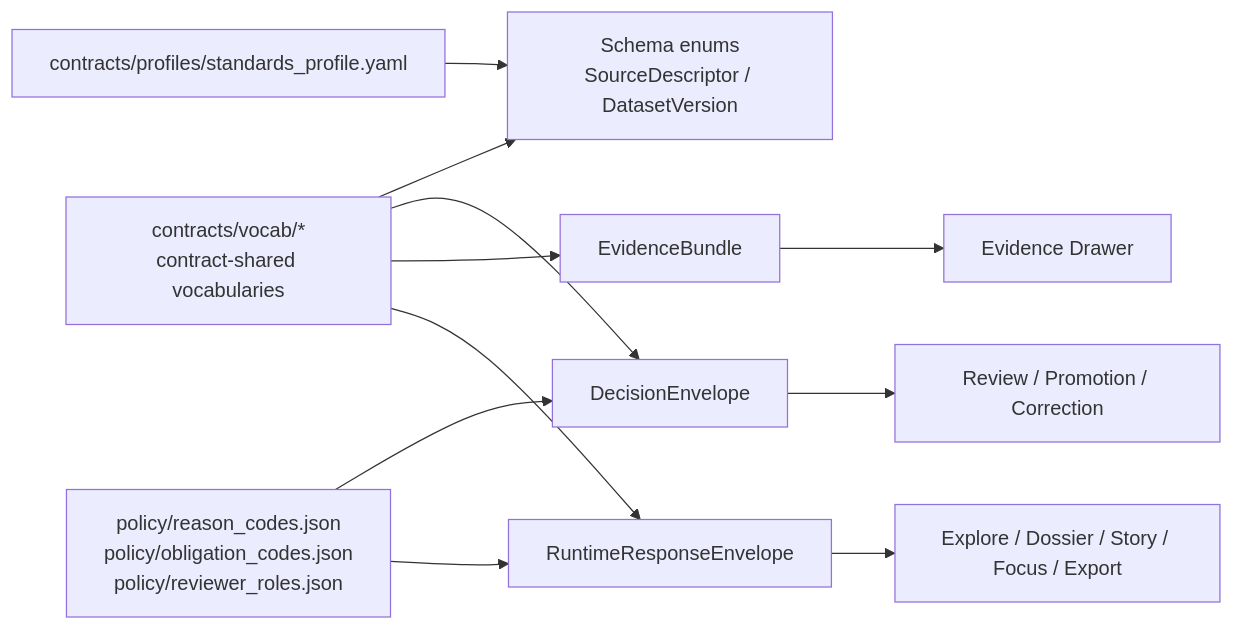
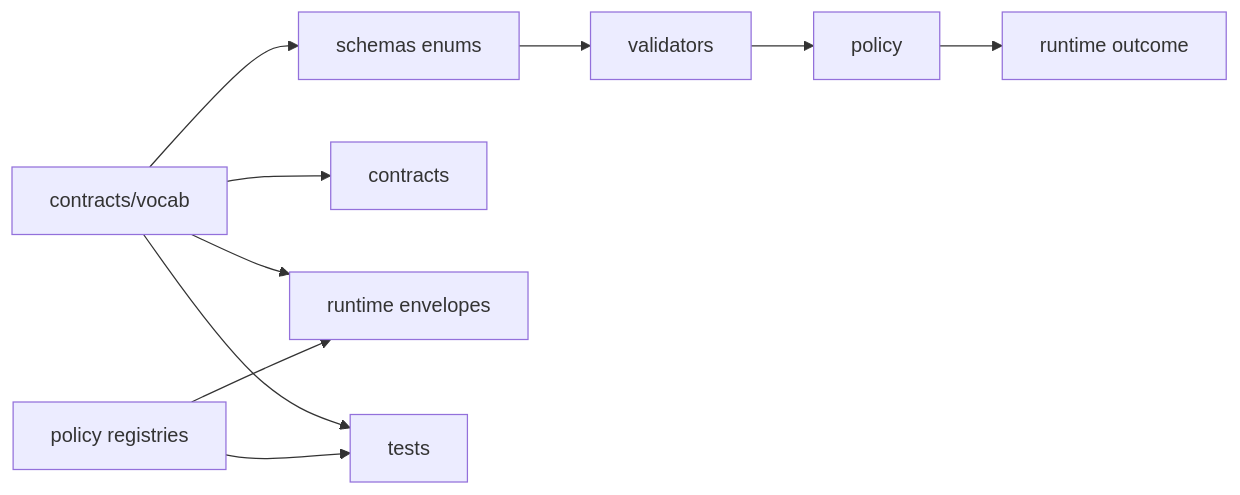
One commit to bartytime4life/Kansas-Frontier-Matrix changed the diagram in contracts/vocab/README.md. Above: the diagram before and after it, drawn with Mermaid. The commit also changed other lines of this file, not shown here.

````diff
--- a/contracts/vocab/README.md
+++ b/contracts/vocab/README.md
@@ -159,16 +285,14 @@
 ```mermaid
 flowchart LR
-    A[contracts/vocab/*\ncontract-shared vocabularies] --> B[Schema enums\nSourceDescriptor / DatasetVersion]
-    A --> C[DecisionEnvelope]
-    A --> D[EvidenceBundle]
-    A --> E[RuntimeResponseEnvelope]
+    V[contracts/vocab] --> S[schemas enums]
+    V --> C[contracts]
+    V --> R[runtime envelopes]
+    V --> T[tests]
 
-    F[policy/reason_codes.json\npolicy/obligation_codes.json\npolicy/reviewer_roles.json] --> C
-    F --> E
+    P[policy registries] --> R
+    P --> T
 
-    G[contracts/profiles/standards_profile.yaml] --> B
-
-    D --> H[Evidence Drawer]
-    E --> I[Explore / Dossier / Story / Focus / Export]
-    C --> J[Review / Promotion / Correction]
+    S --> VAL[validators]
+    VAL --> POL[policy]
+    POL --> OUT[runtime outcome]
 ```
````
